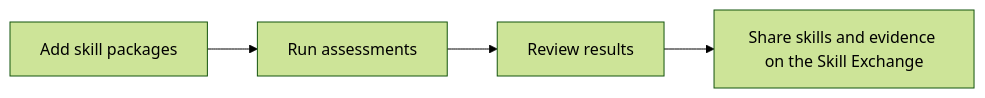
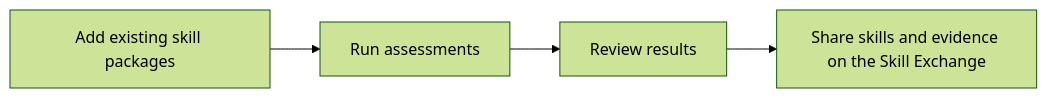
Before and after one commit to Code-dot-mil/SkLC: the diagram in README.md, drawn with Mermaid (forest theme). The commit also changed other lines of this file and 1 other file, not shown here.

````diff
--- a/README.md
+++ b/README.md
@@ -62,6 +62,6 @@
 ```mermaid
 flowchart LR
-  add["Add skill packages"] --> assess["Run assessments"]
+  add["Add existing skill packages"] --> assess["Run assessments"]
   assess --> review["Review results"]
   review --> publish["Share skills and evidence on the Skill Exchange"]
 ```
````
